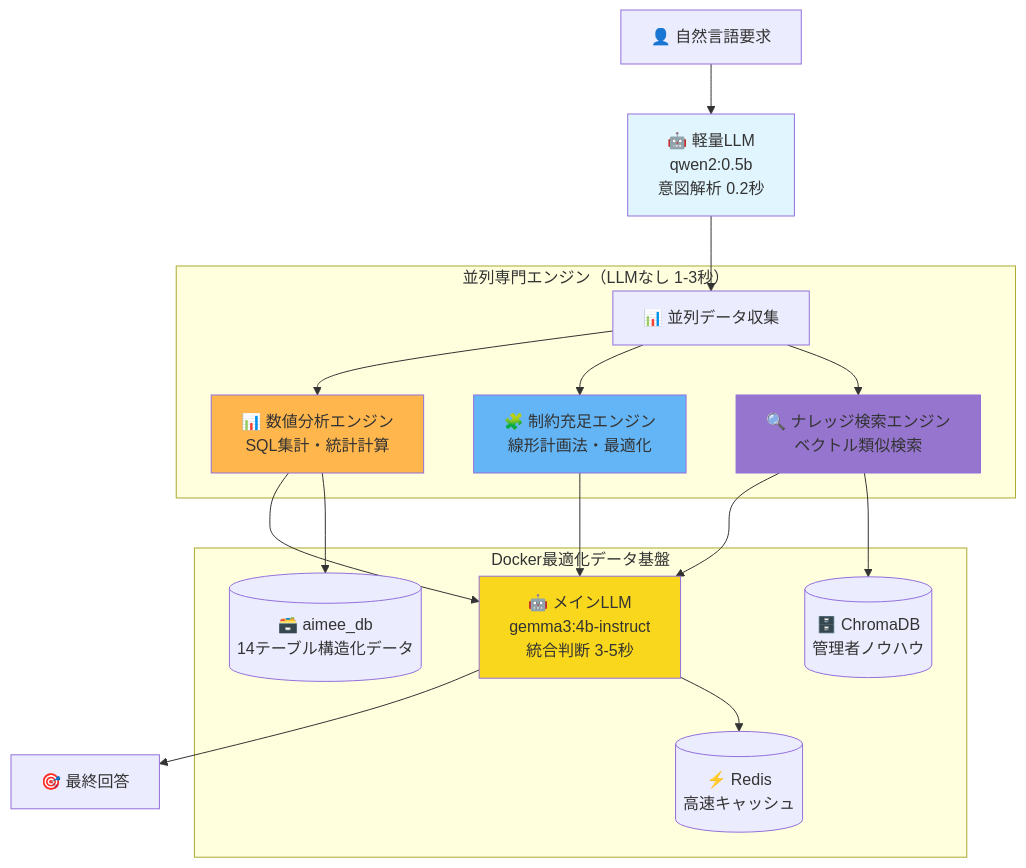
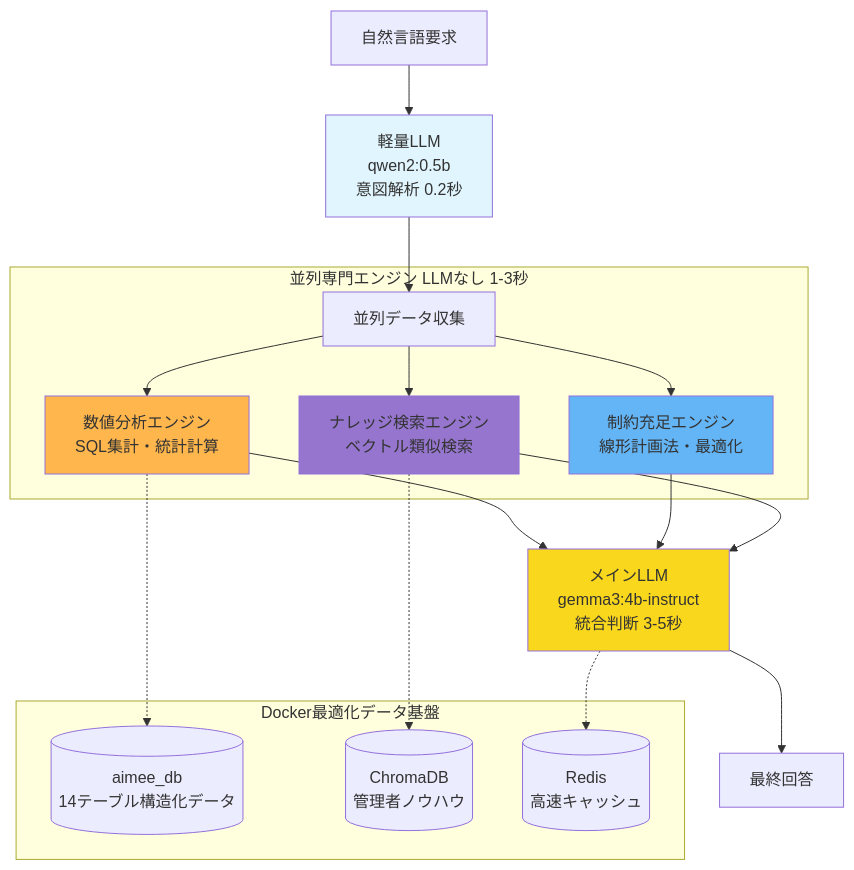
Before and after one commit to EraX-1/aimee-be: the first of 3 diagrams in README.md, drawn with Mermaid. The commit also changed other lines of this file, not shown here.

````diff
--- a/README.md
+++ b/README.md
@@ -11,30 +11,34 @@
 ```mermaid
 graph TB
-    Query[👤 自然言語要求] --> LightLLM[🤖 軽量LLM<br/>qwen2:0.5b<br/>意図解析 0.2秒]
+    Query[自然言語要求] --> LightLLM[軽量LLM<br/>qwen2:0.5b<br/>意図解析 0.2秒]
     
-    LightLLM --> Parallel[📊 並列データ収集]
+    LightLLM --> Parallel[並列データ収集]
     
-    subgraph "並列専門エンジン（LLMなし 1-3秒）"
-        Parallel --> MySQL[📊 数値分析エンジン<br/>SQL集計・統計計算]
-        Parallel --> Rules[🧩 制約充足エンジン<br/>線形計画法・最適化]
-        Parallel --> Vector[🔍 ナレッジ検索エンジン<br/>ベクトル類似検索]
+    subgraph parallel [並列専門エンジン LLMなし 1-3秒]
+        Parallel --> MySQL[数値分析エンジン<br/>SQL集計・統計計算]
+        Parallel --> Rules[制約充足エンジン<br/>線形計画法・最適化]
+        Parallel --> Vector[ナレッジ検索エンジン<br/>ベクトル類似検索]
     end
     
-    MySQL --> MainLLM[🤖 メインLLM<br/>gemma3:4b-instruct<br/>統合判断 3-5秒]
+    MySQL --> MainLLM[メインLLM<br/>gemma3:4b-instruct<br/>統合判断 3-5秒]
     Rules --> MainLLM
     Vector --> MainLLM
     
-    MainLLM --> Response[🎯 最終回答]
+    MainLLM --> Response[最終回答]
     
-    subgraph "Docker最適化データ基盤"
-        MySQL --> AimeeDB[(🗃️ aimee_db<br/>14テーブル構造化データ)]
-        Vector --> ChromaDB[(🗄️ ChromaDB<br/>管理者ノウハウ)]
-        MainLLM --> Redis[(⚡ Redis<br/>高速キャッシュ)]
+    subgraph docker [Docker最適化データ基盤]
+        AimeeDB[(aimee_db<br/>14テーブル構造化データ)]
+        ChromaDB[(ChromaDB<br/>管理者ノウハウ)]
+        Redis[(Redis<br/>高速キャッシュ)]
     end
+    
+    MySQL -.-> AimeeDB
+    Vector -.-> ChromaDB
+    MainLLM -.-> Redis
     
     style LightLLM fill:#e1f5fe
     style MainLLM fill:#f9d71c
     style MySQL fill:#ffb74d
     style Rules fill:#64b5f6
     style Vector fill:#9575cd
 ```
````
